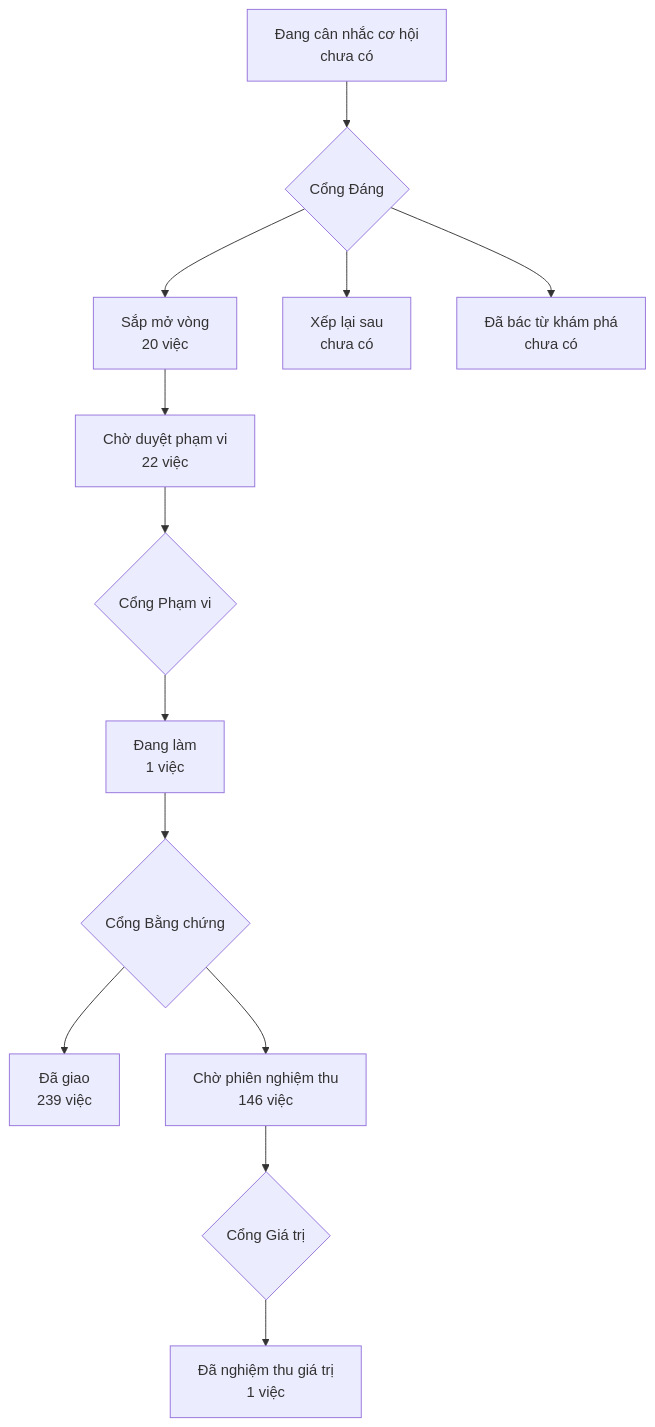
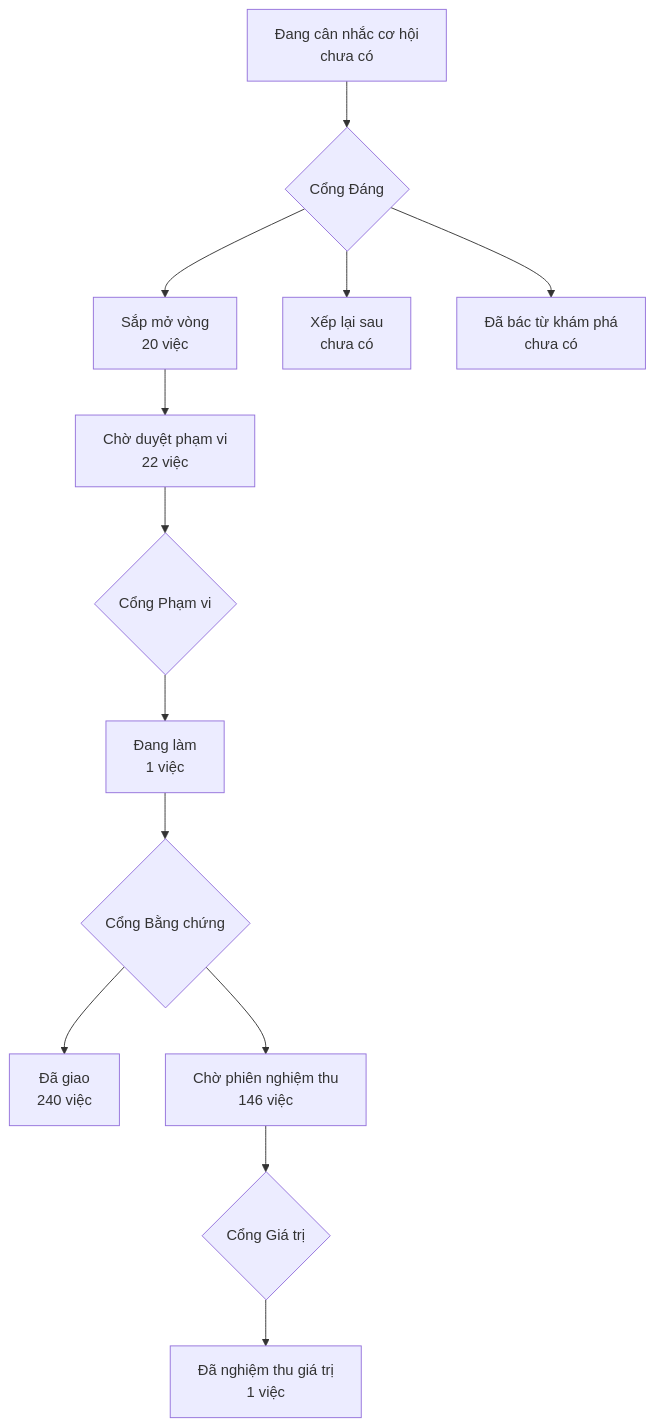
The diagram in PRODUCT-MAP.md (phanlemanh/onehub-invest), drawn with Mermaid before and after one commit. The commit also changed other lines of this file and 1 other file, not shown here.

Commit message:
chore(soat-noi-s08-danh-ba): sinh lại PRODUCT-MAP, LO-TRINH sau gộp main e68b2d44e

````diff
--- a/PRODUCT-MAP.md
+++ b/PRODUCT-MAP.md
@@ -7,12 +7,12 @@
 ```mermaid
 flowchart TD
   A["Đang cân nhắc cơ hội<br/>chưa có"] --> GD{"Cổng Đáng"}
   GD --> B["Sắp mở vòng<br/>20 việc"]
   GD --> XL["Xếp lại sau<br/>chưa có"]
   GD --> DB["Đã bác từ khám phá<br/>chưa có"]
   B --> CD["Chờ duyệt phạm vi<br/>22 việc"] --> GP{"Cổng Phạm vi"}
   GP --> DL["Đang làm<br/>1 việc"] --> GB{"Cổng Bằng chứng"}
-  GB --> DG["Đã giao<br/>239 việc"]
+  GB --> DG["Đã giao<br/>240 việc"]
   GB --> CN["Chờ phiên nghiệm thu<br/>146 việc"] --> GG{"Cổng Giá trị"}
   GG --> NT["Đã nghiệm thu giá trị<br/>1 việc"]
 ```
````
